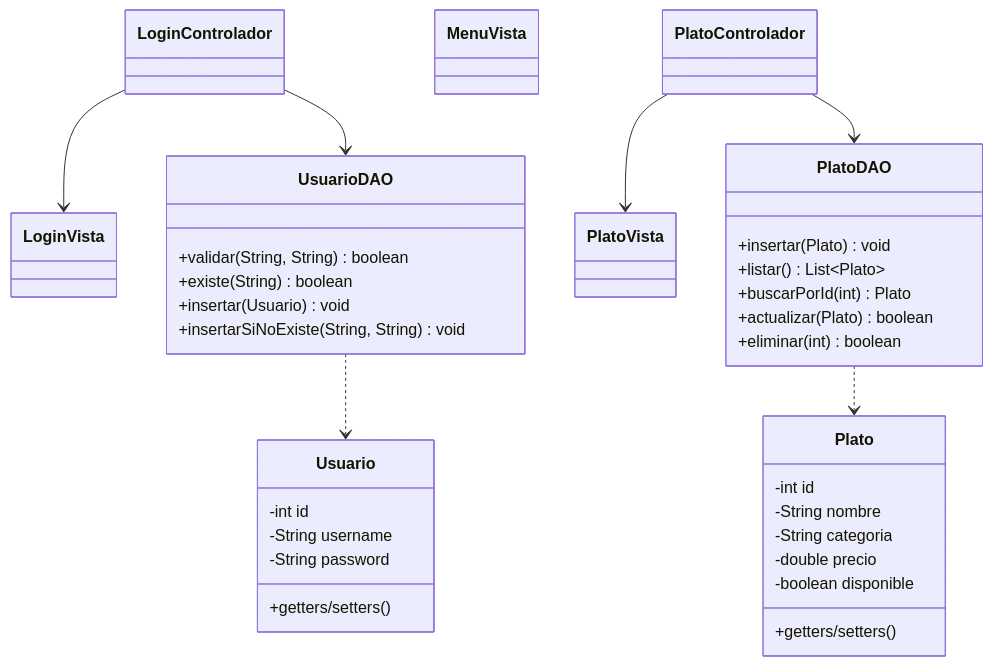
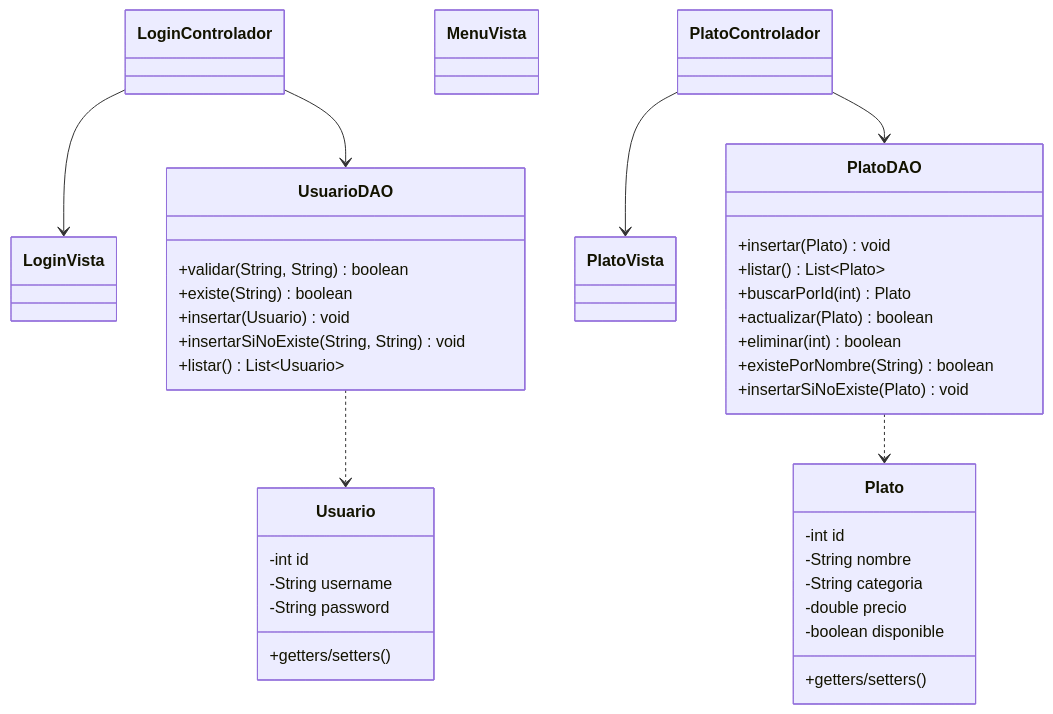
One commit to D4NX3L8/Programando-Ando changed the diagram in docs/DISENO.md. Above: the diagram before and after it, drawn with Mermaid. The commit also changed other lines of this file and 5 other files, not shown here.

````diff
--- a/docs/DISENO.md
+++ b/docs/DISENO.md
@@ -24,46 +21,49 @@
 ```mermaid
 classDiagram
     class Usuario {
         -int id
         -String username
         -String password
         +getters/setters()
     }
 
     class Plato {
         -int id
         -String nombre
         -String categoria
         -double precio
         -boolean disponible
         +getters/setters()
     }
 
     class UsuarioDAO {
         +validar(String, String) boolean
         +existe(String) boolean
         +insertar(Usuario) void
         +insertarSiNoExiste(String, String) void
+        +listar() List~Usuario~
     }
 
     class PlatoDAO {
         +insertar(Plato) void
         +listar() List~Plato~
         +buscarPorId(int) Plato
         +actualizar(Plato) boolean
         +eliminar(int) boolean
+        +existePorNombre(String) boolean
+        +insertarSiNoExiste(Plato) void
     }
 
     class LoginVista
     class LoginControlador
     class MenuVista
     class PlatoVista
     class PlatoControlador
 
     LoginControlador --> LoginVista
     LoginControlador --> UsuarioDAO
     PlatoControlador --> PlatoVista
     PlatoControlador --> PlatoDAO
     PlatoDAO ..> Plato
     UsuarioDAO ..> Usuario
 ```
````
